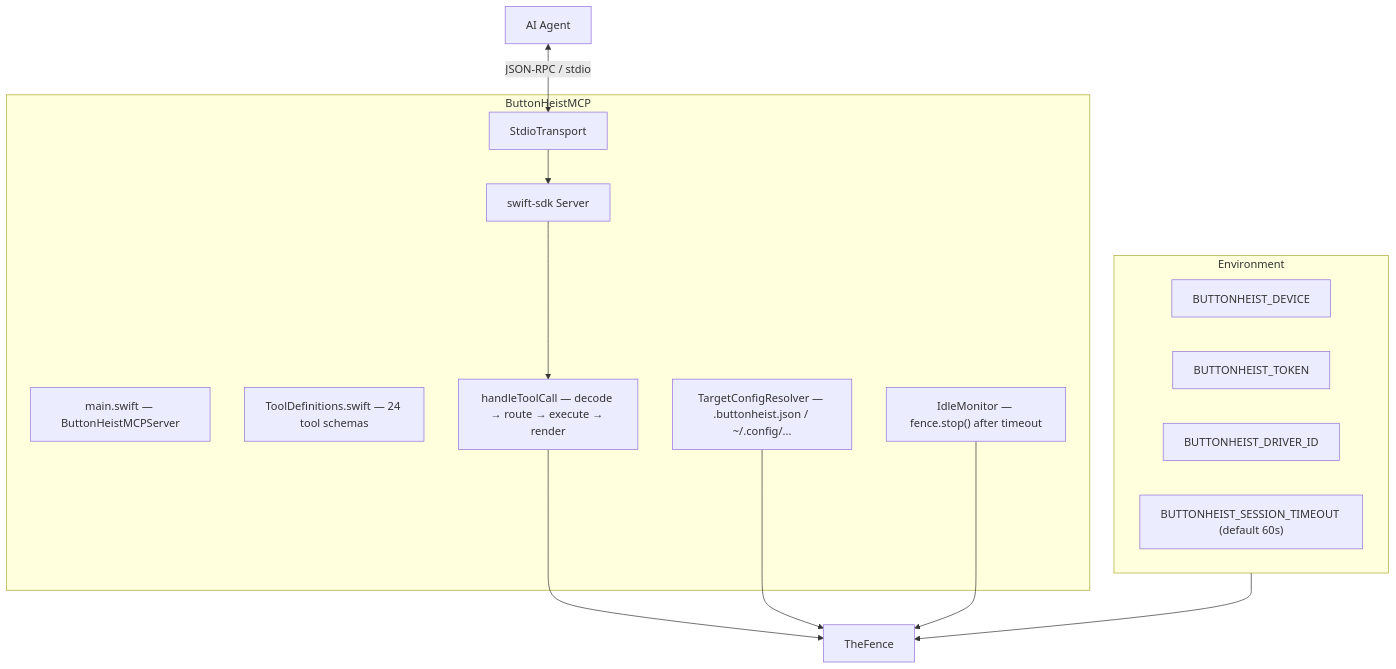
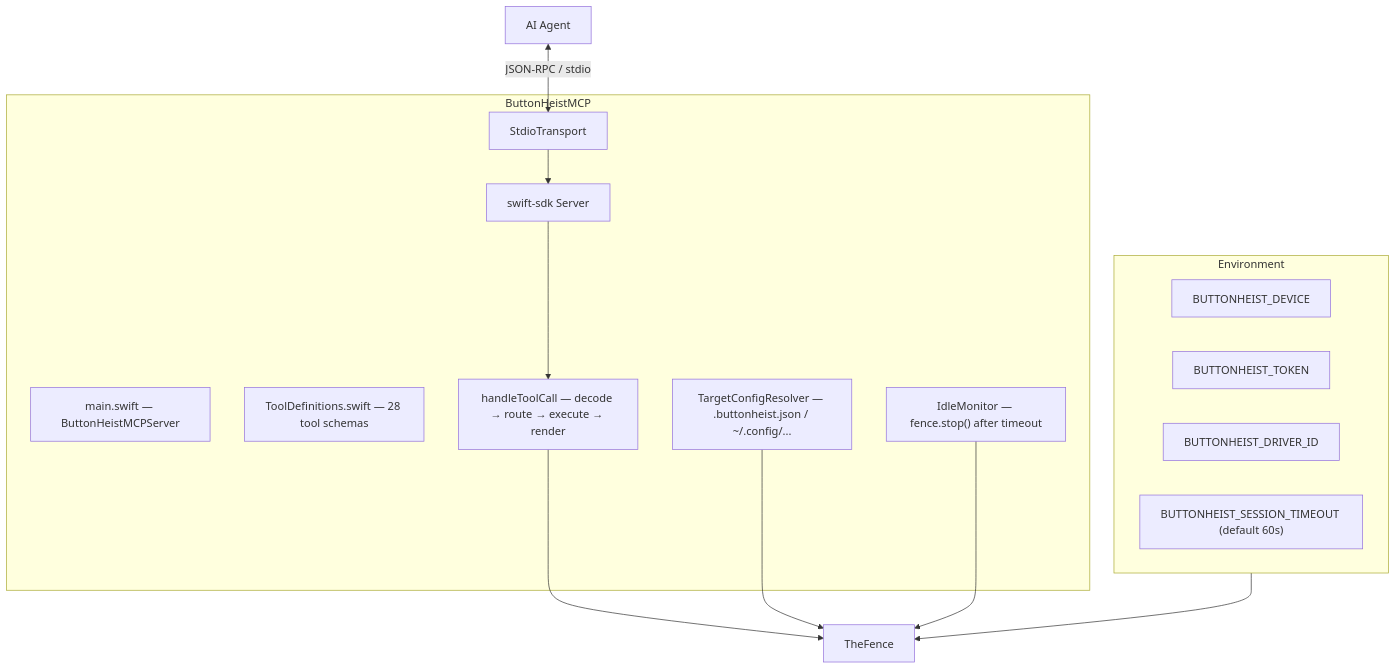
One commit to RoyalPineapple/TheButtonHeist changed the first of 2 diagrams in docs/dossiers/12-MCP.md. Above: the diagram before and after it, drawn with Mermaid. The commit also changed other lines of this file and 7 other files, not shown here.

````diff
--- a/docs/dossiers/12-MCP.md
+++ b/docs/dossiers/12-MCP.md
@@ -30,27 +30,27 @@
 ```mermaid
 graph TD
     subgraph MCP["ButtonHeistMCP"]
         Main["main.swift — ButtonHeistMCPServer"]
         Server["swift-sdk Server"]
         Transport["StdioTransport"]
-        Tools["ToolDefinitions.swift — 24 tool schemas"]
+        Tools["ToolDefinitions.swift — 28 tool schemas"]
         Handler["handleToolCall — decode → route → execute → render"]
         Idle["IdleMonitor — fence.stop() after timeout"]
         Config["TargetConfigResolver — .buttonheist.json / ~/.config/..."]
     end
 
     subgraph Env["Environment"]
         Device["BUTTONHEIST_DEVICE"]
         Token["BUTTONHEIST_TOKEN"]
         Driver["BUTTONHEIST_DRIVER_ID"]
         Timeout["BUTTONHEIST_SESSION_TIMEOUT (default 60s)"]
     end
 
     Agent["AI Agent"] <-->|JSON-RPC / stdio| Transport
     Transport --> Server
     Server --> Handler
     Handler --> TheFence["TheFence"]
     Config --> TheFence
     Env --> TheFence
     Idle --> TheFence
 ```
````
